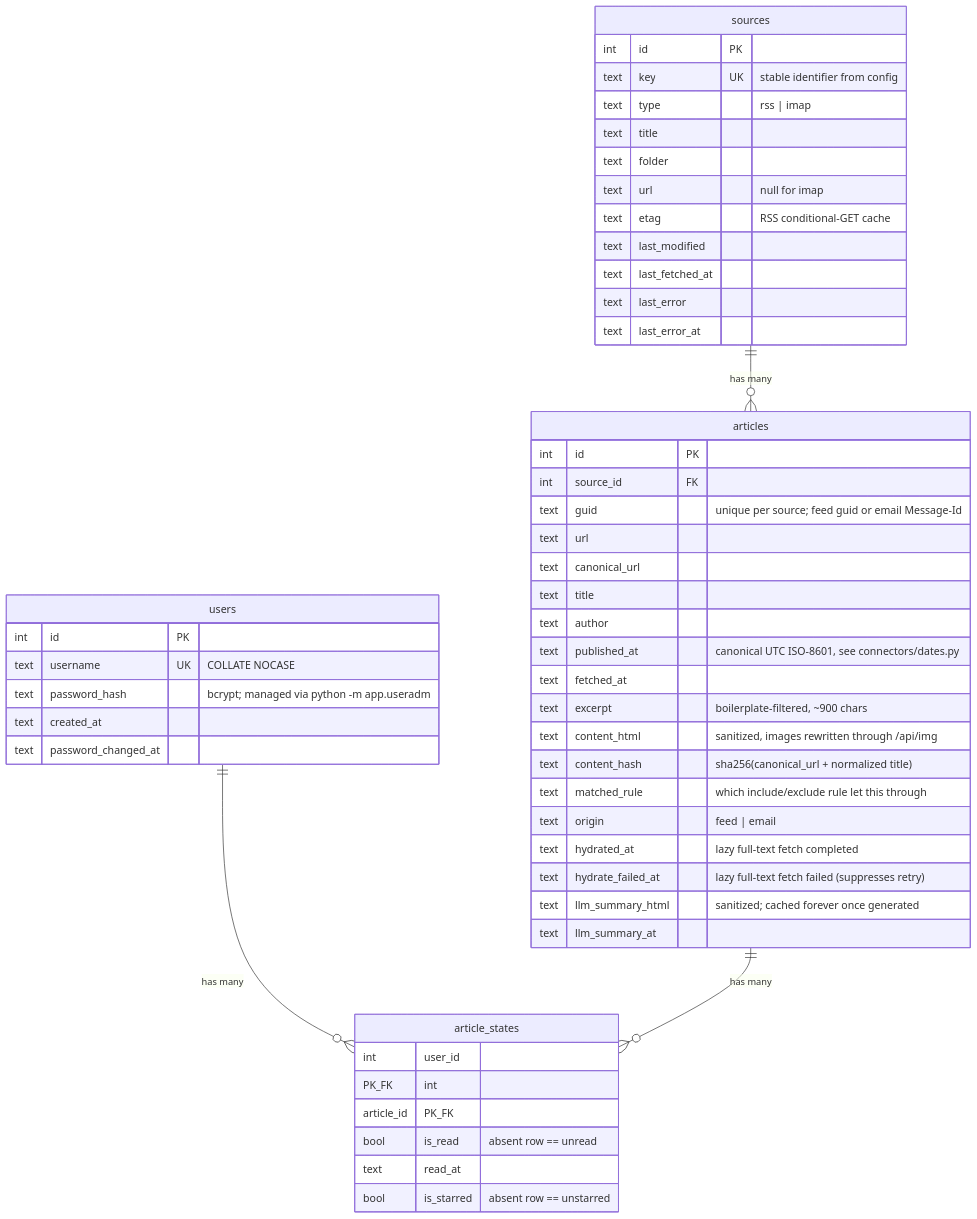
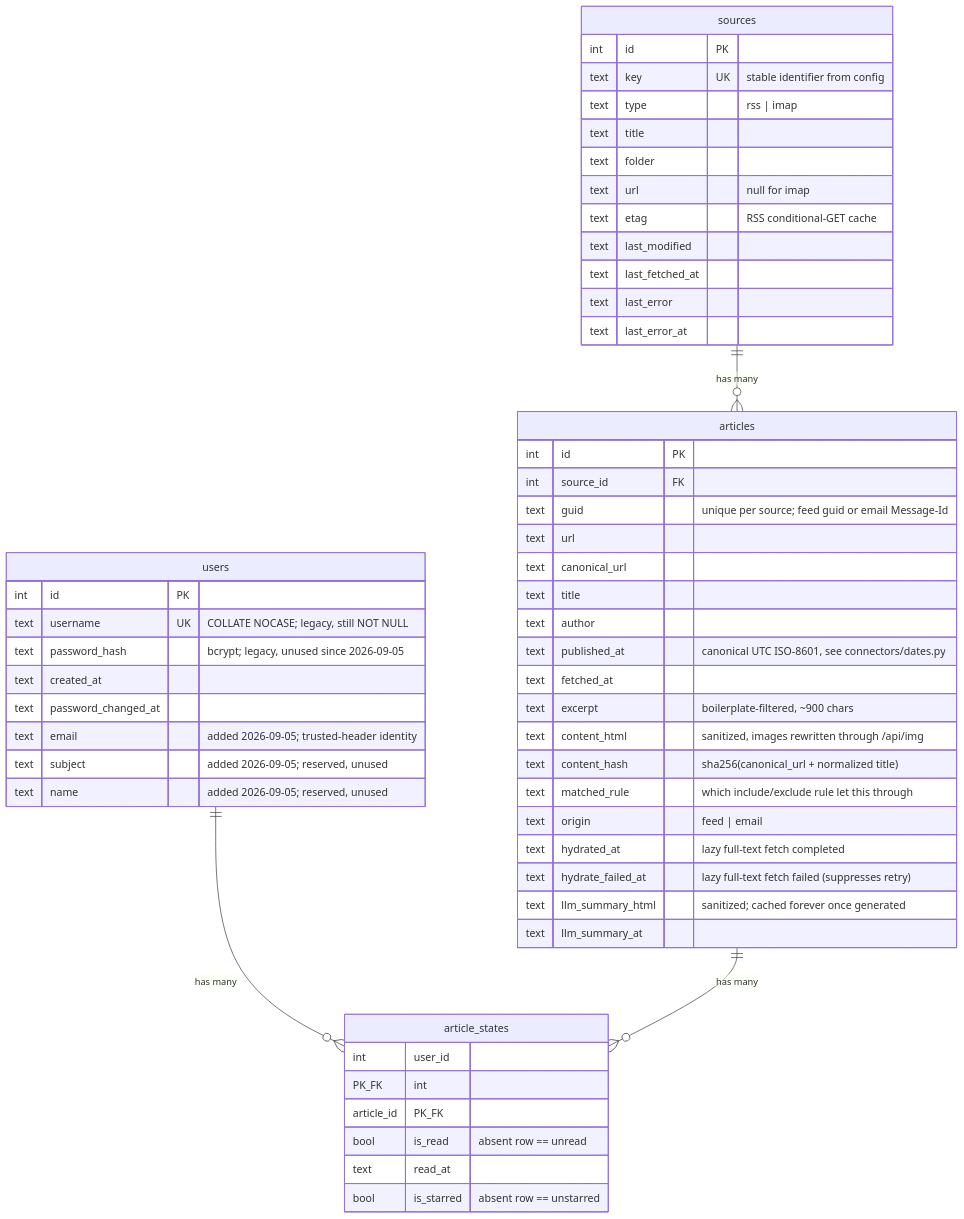
Before and after one commit to pengyaoc/openreader: the diagram in docs/ERD.md, drawn with Mermaid. The commit also changed other lines of this file and 1 other file, not shown here.

First line of the commit message:
docs: update PRD/ERD for trusted-header SSO and the read-only anonymous mode

````diff
--- a/docs/ERD.md
+++ b/docs/ERD.md
@@ -100,57 +118,60 @@
 ```mermaid
 erDiagram
     sources ||--o{ articles : "has many"
     users ||--o{ article_states : "has many"
     articles ||--o{ article_states : "has many"
 
     sources {
         int id PK
         text key UK "stable identifier from config"
         text type "rss | imap"
         text title
         text folder
         text url "null for imap"
         text etag "RSS conditional-GET cache"
         text last_modified
         text last_fetched_at
         text last_error
         text last_error_at
     }
 
     articles {
         int id PK
         int source_id FK
         text guid "unique per source; feed guid or email Message-Id"
         text url
         text canonical_url
         text title
         text author
         text published_at "canonical UTC ISO-8601, see connectors/dates.py"
         text fetched_at
         text excerpt "boilerplate-filtered, ~900 chars"
         text content_html "sanitized, images rewritten through /api/img"
         text content_hash "sha256(canonical_url + normalized title)"
         text matched_rule "which include/exclude rule let this through"
         text origin "feed | email"
         text hydrated_at "lazy full-text fetch completed"
         text hydrate_failed_at "lazy full-text fetch failed (suppresses retry)"
         text llm_summary_html "sanitized; cached forever once generated"
         text llm_summary_at
     }
 
     users {
         int id PK
-        text username UK "COLLATE NOCASE"
-        text password_hash "bcrypt; managed via python -m app.useradm"
+        text username UK "COLLATE NOCASE; legacy, still NOT NULL"
+        text password_hash "bcrypt; legacy, unused since 2026-09-05"
         text created_at
         text password_changed_at
+        text email "added 2026-09-05; trusted-header identity"
+        text subject "added 2026-09-05; reserved, unused"
+        text name "added 2026-09-05; reserved, unused"
     }
 
     article_states {
         int user_id PK_FK
         int article_id PK_FK
         bool is_read "absent row == unread"
         text read_at
         bool is_starred "absent row == unstarred"
     }
 ```
````
